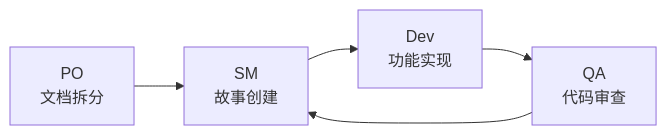
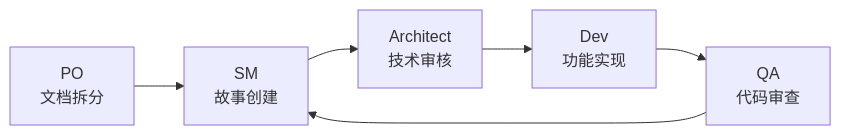
The second of 2 diagrams in README.md (dorayo/orchestrix), drawn with Mermaid before and after one commit. The commit also changed other lines of this file and 11 other files, not shown here.

````diff
--- a/README.md
+++ b/README.md
@@ -63,7 +64,8 @@
 ```mermaid
 graph LR
     G[PO<br/>文档拆分] --> H[SM<br/>故事创建]
-    H --> I[Dev<br/>功能实现]
-    I --> J[QA<br/>代码审查]
-    J --> H
+    H --> I[Architect<br/>技术审核]
+    I --> J[Dev<br/>功能实现]
+    J --> K[QA<br/>代码审查]
+    K --> H
 ```
````
